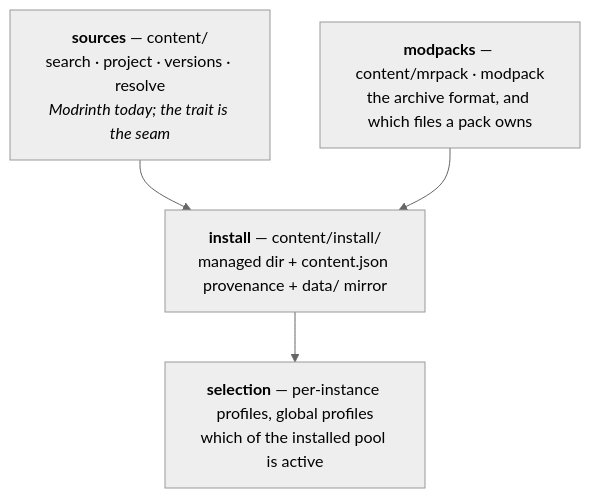
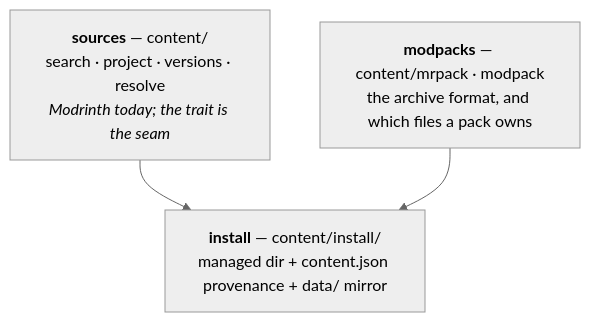
One commit to toraaoo/hestia changed the first of 3 diagrams in docs/architecture/content.md. Above: the diagram before and after it, drawn with Mermaid (neutral theme). The commit also changed other lines of this file and 218 other files, not shown here.

````diff
--- a/docs/architecture/content.md
+++ b/docs/architecture/content.md
@@ -11,11 +11,9 @@
 ```mermaid
 flowchart TD
     SRC["<b>sources</b> — content/<br/>search · project · versions · resolve<br/><i>Modrinth today; the trait is the seam</i>"]
     INST["<b>install</b> — content/install/<br/>managed dir + content.json provenance + data/ mirror"]
     PACK["<b>modpacks</b> — content/mrpack · modpack<br/>the archive format, and which files a pack owns"]
-    SEL["<b>selection</b> — per-instance profiles, global profiles<br/>which of the installed pool is active"]
 
     SRC --> INST
     PACK --> INST
-    INST --> SEL
 ```
````
